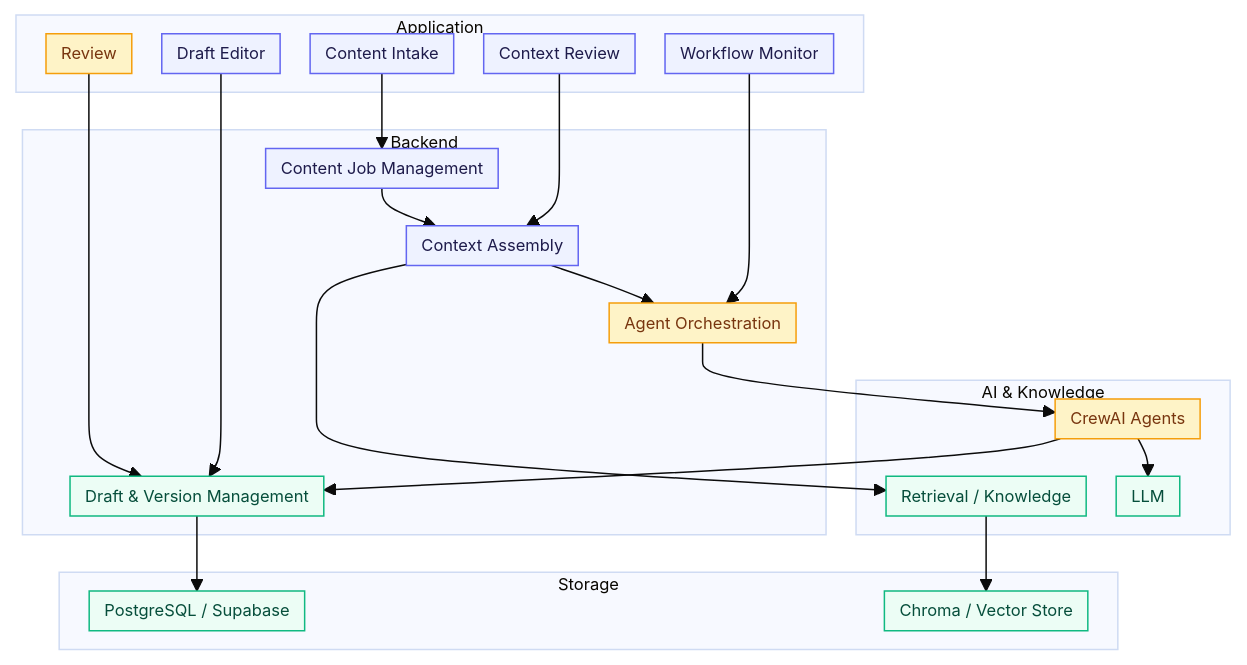
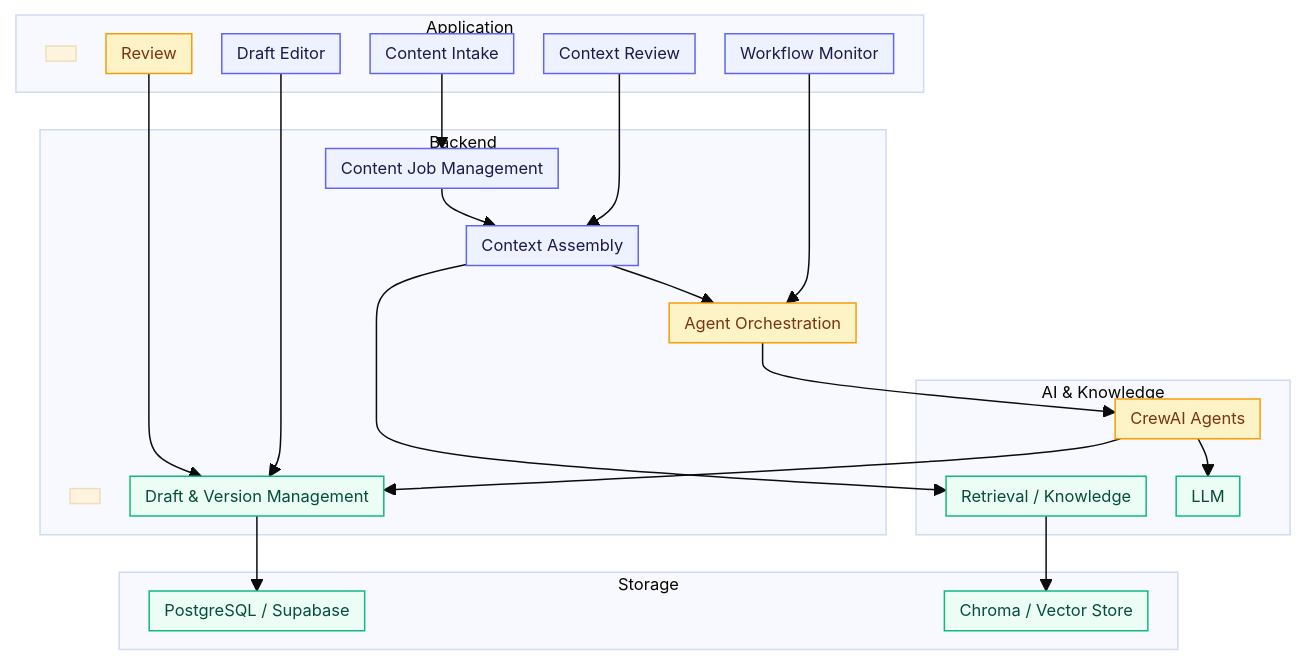
One commit to DarshanMathpal/gitlab-ai-content-engine changed the third of 4 diagrams in README.md. Above: the diagram before and after it, drawn with Mermaid.

Commit message:
Refactor flowchart labels in README.md
Removed unnecessary line breaks in flowchart labels.

````diff
--- a/README.md
+++ b/README.md
@@ -159,64 +159,66 @@
 ```mermaid
 %%{init: {
   "theme": "base",
   "themeVariables": {
     "fontSize": "11px"
   },
   "flowchart": {
     "nodeSpacing": 20,
     "rankSpacing": 25,
     "padding": 5
   }
 }}%%
 
 flowchart TD
 
-    subgraph UI["Application<br/><br/>"]
+    subgraph UI["Application"]
+        UI_SPACER[" "]
         Intake["Content Intake"]
         Context["Context Review"]
         Workflow["Workflow Monitor"]
         Editor["Draft Editor"]
         Review["Review"]
     end
 
-    subgraph API["Backend<br/><br/>"]
+    subgraph API["Backend"]
+        API_SPACER[" "]
         Jobs["Content Job Management"]
         Assembly["Context Assembly"]
         Orchestration["Agent Orchestration"]
         Versions["Draft & Version Management"]
     end
 
     subgraph AI["AI & Knowledge"]
         Retrieval["Retrieval / Knowledge"]
         Agents["CrewAI Agents"]
         LLM["LLM"]
     end
 
     subgraph Storage["Storage"]
         SQL["PostgreSQL / Supabase"]
         Vector["Chroma / Vector Store"]
     end
 
     Intake --> Jobs
     Context --> Assembly
     Workflow --> Orchestration
     Editor --> Versions
     Review --> Versions
 
     Jobs --> Assembly
     Assembly --> Retrieval
     Retrieval --> Vector
     Assembly --> Orchestration
     Orchestration --> Agents
     Agents --> LLM
     Agents --> Versions
     Versions --> SQL
 
     classDef stage fill:#EEF2FF,stroke:#6366F1,color:#1E1B4B,stroke-width:1px;
     classDef review fill:#FEF3C7,stroke:#F59E0B,color:#78350F,stroke-width:1px;
     classDef output fill:#ECFDF5,stroke:#10B981,color:#064E3B,stroke-width:1px;
 
     class Intake,Context,Workflow,Editor,Jobs,Assembly stage;
     class Review,Orchestration,Agents review;
     class Retrieval,LLM,Versions,SQL,Vector output;
 ```
````
